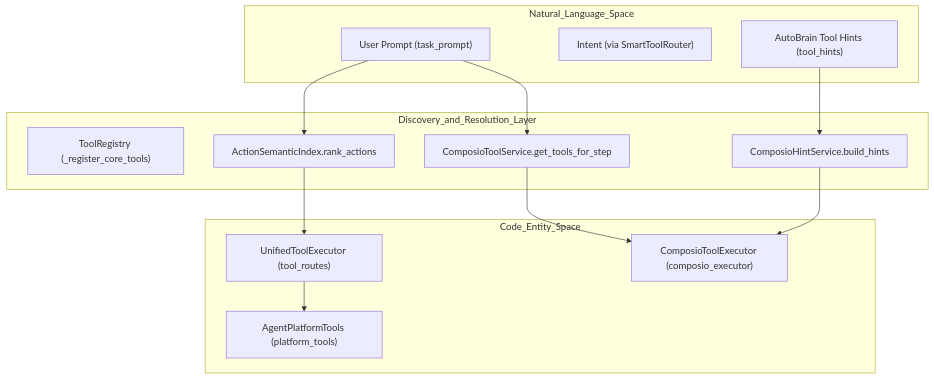
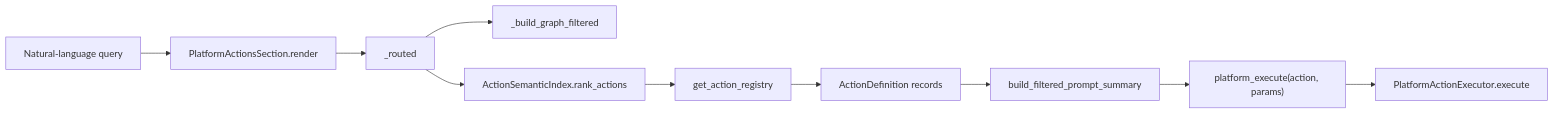
One commit to AutomatosAI/automatos-ai changed the second of 5 diagrams in docs/tools-integrations/tool-discovery-resolution.md. Above: the diagram before and after it, drawn with Mermaid. The commit also changed other lines of this file and 188 other files, not shown here.

First line of the commit message:
docs: refresh architecture docs and add coverage for new subsystems (#1416)

````diff
--- a/docs/tools-integrations/tool-discovery-resolution.md
+++ b/docs/tools-integrations/tool-discovery-resolution.md
@@ -53,29 +84,12 @@
 ```mermaid
-graph TD
-    subgraph "Natural_Language_Space"
-        UserPrompt["User Prompt (task_prompt)"]
-        Intent["Intent (via SmartToolRouter)"]
-        ToolHints["AutoBrain Tool Hints (tool_hints)"]
-    end
-
-    subgraph "Discovery_and_Resolution_Layer"
-        Registry["ToolRegistry (_register_core_tools)"]
-        SemanticIndex["ActionSemanticIndex.rank_actions"]
-        CompService["ComposioToolService.get_tools_for_step"]
-        HintService["ComposioHintService.build_hints"]
-    end
-
-    subgraph "Code_Entity_Space"
-        UnifiedExec["UnifiedToolExecutor (tool_routes)"]
-        PlatformExec["AgentPlatformTools (platform_tools)"]
-        CompExec["ComposioToolExecutor (composio_executor)"]
-    end
-
-    UserPrompt --> SemanticIndex
-    UserPrompt --> CompService
-    ToolHints --> HintService
-    SemanticIndex --> UnifiedExec
-    CompService --> CompExec
-    HintService --> CompExec
-    UnifiedExec --> PlatformExec
+flowchart LR
+    UserQuery["Natural-language query"] --> PlatformActionsSection["PlatformActionsSection.render"]
+    PlatformActionsSection --> RoutingDecision["_routed"]
+    RoutingDecision --> GraphPath["_build_graph_filtered"]
+    RoutingDecision --> SemanticPath["ActionSemanticIndex.rank_actions"]
+    SemanticPath --> ActionRegistry["get_action_registry"]
+    ActionRegistry --> Definitions["ActionDefinition records"]
+    Definitions --> FilteredSummary["build_filtered_prompt_summary"]
+    FilteredSummary --> Dispatcher["platform_execute(action, params)"]
+    Dispatcher --> PlatformExecutor["PlatformActionExecutor.execute"]
 ```
````
